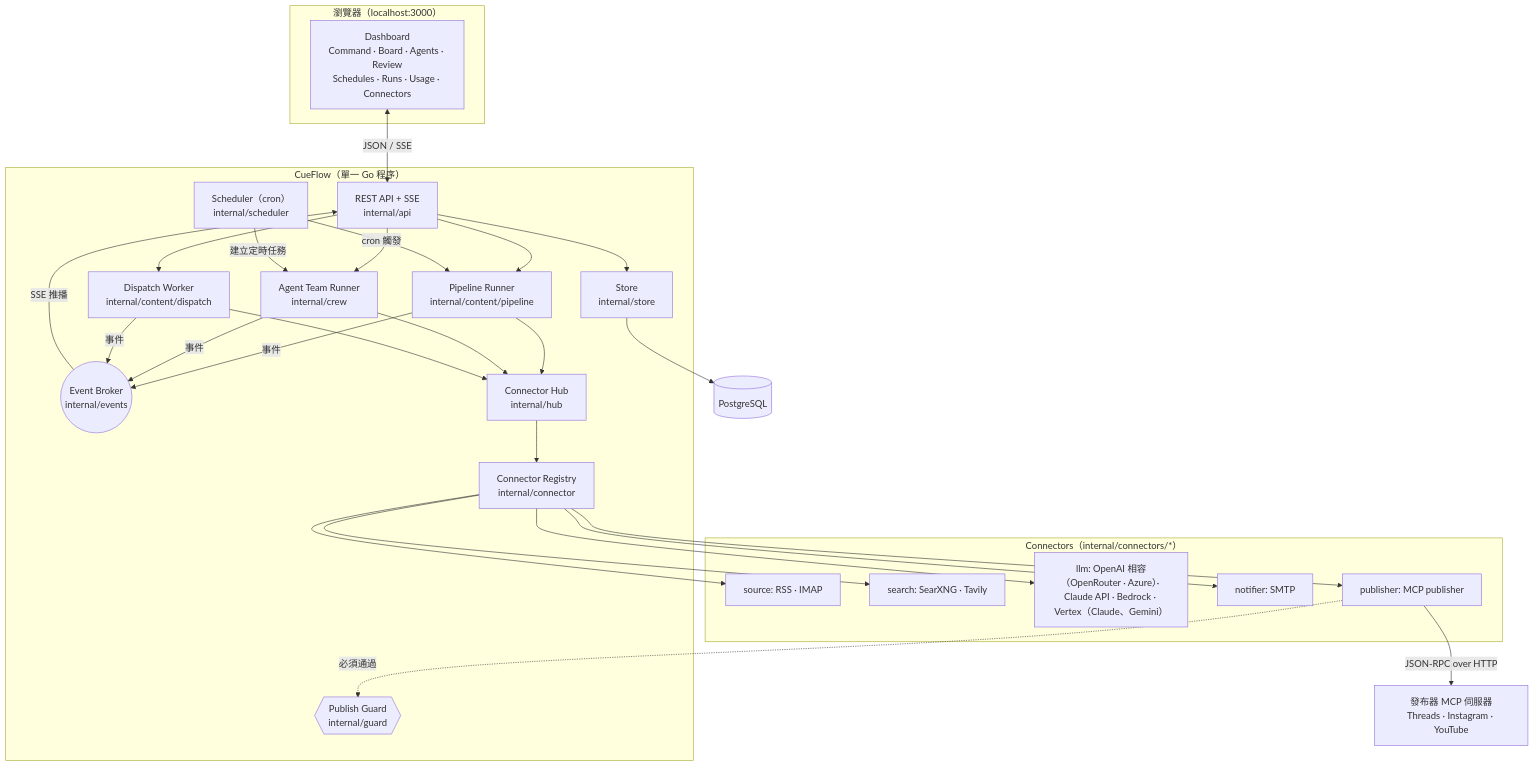
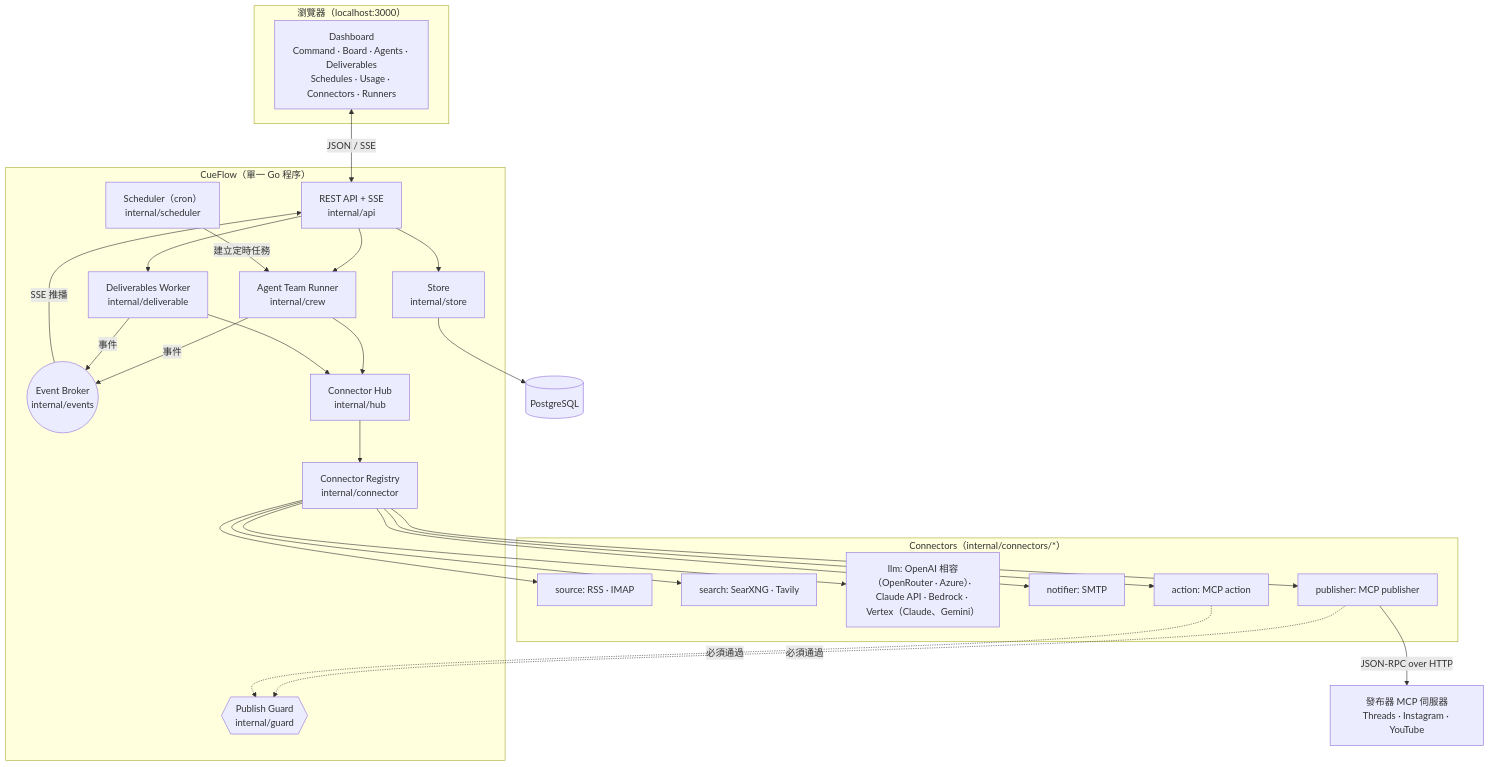
The first of 6 diagrams in docs/zh-TW/architecture.md (j75689/cueflow), drawn with Mermaid before and after one commit. The commit also changed other lines of this file and 14 other files, not shown here.

First line of the commit message:
refactor(store): drop the pipeline_runs leftovers and finish the deliverables vocabulary in the docs (#23)

````diff
--- a/docs/zh-TW/architecture.md
+++ b/docs/zh-TW/architecture.md
@@ -21,49 +21,46 @@
 ```mermaid
 flowchart TB
     subgraph Browser["瀏覽器（localhost:3000）"]
-        UI["Dashboard<br/>Command · Board · Agents · Review<br/>Schedules · Runs · Usage · Connectors"]
+        UI["Dashboard<br/>Command · Board · Agents · Deliverables<br/>Schedules · Usage · Connectors · Runners"]
     end
 
     subgraph Core["CueFlow（單一 Go 程序）"]
         API["REST API + SSE<br/>internal/api"]
         Broker(("Event Broker<br/>internal/events"))
         Sched["Scheduler（cron）<br/>internal/scheduler"]
-        Pipe["Pipeline Runner<br/>internal/content/pipeline"]
         Crew["Agent Team Runner<br/>internal/crew"]
-        Disp["Dispatch Worker<br/>internal/content/dispatch"]
+        Deliv["Deliverables Worker<br/>internal/deliverable"]
         Hub["Connector Hub<br/>internal/hub"]
         Reg["Connector Registry<br/>internal/connector"]
         Guard{{"Publish Guard<br/>internal/guard"}}
         Store["Store<br/>internal/store"]
     end
 
     DB[("PostgreSQL")]
 
     subgraph Plugins["Connectors（internal/connectors/*）"]
         Src["source: RSS · IMAP"]
         Search["search: SearXNG · Tavily"]
         LLM["llm: OpenAI 相容（OpenRouter · Azure）· Claude API · Bedrock · Vertex（Claude、Gemini）"]
         Notif["notifier: SMTP"]
         Pub["publisher: MCP publisher"]
+        Act["action: MCP action"]
     end
 
     Publisher["發布器 MCP 伺服器<br/>Threads · Instagram · YouTube"]
 
     UI <-->|"JSON / SSE"| API
     API --> Store
     API --> Crew
-    API --> Disp
-    API --> Pipe
+    API --> Deliv
     Broker -->|"SSE 推播"| API
-    Sched -->|"cron 觸發"| Pipe
     Sched -->|"建立定時任務"| Crew
-    Pipe --> Hub
     Crew --> Hub
-    Disp --> Hub
+    Deliv --> Hub
     Hub --> Reg
-    Reg --> Src & Search & LLM & Notif & Pub
-    Pub -.->|"必須通過"| Guard
+    Reg --> Src & Search & LLM & Notif & Pub & Act
+    Pub & Act -.->|"必須通過"| Guard
     Pub -->|"JSON-RPC over HTTP"| Publisher
     Store --> DB
-    Pipe & Crew & Disp -->|"事件"| Broker
+    Crew & Deliv -->|"事件"| Broker
 ```
````
